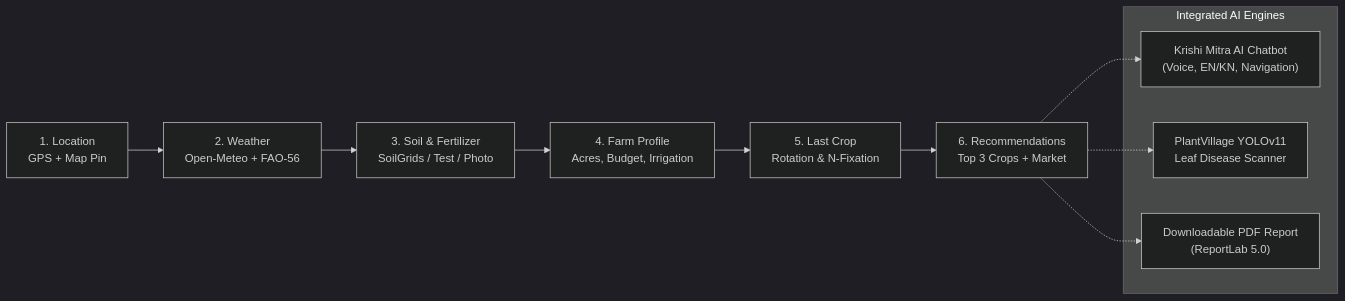
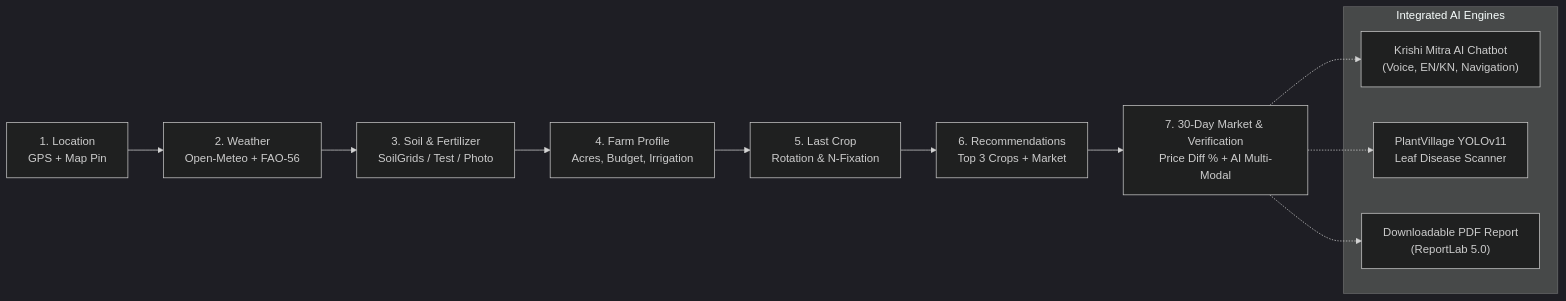
Before and after one commit to shettyprateek045-glitch/CommunityProject: the first of 2 diagrams in README.md, drawn with Mermaid (dark theme). The commit also changed other lines of this file and 2 other files, not shown here.

Commit message:
Update README with 7-step precision agronomy workflow, glassmorphic UI architecture, and OpenAI/Gemini multi-modal verification

````diff
--- a/README.md
+++ b/README.md
@@ -21,17 +21,18 @@
 ```mermaid
 flowchart LR
     A["1. Location<br/>GPS + Map Pin"] --> B["2. Weather<br/>Open-Meteo + FAO-56"]
     B --> C["3. Soil & Fertilizer<br/>SoilGrids / Test / Photo"]
     C --> D["4. Farm Profile<br/>Acres, Budget, Irrigation"]
     D --> E["5. Last Crop<br/>Rotation & N-Fixation"]
     E --> F["6. Recommendations<br/>Top 3 Crops + Market"]
+    F --> J["7. 30-Day Market & Verification<br/>Price Diff % + AI Multi-Modal"]
     
     subgraph Integrated AI Engines
         G["Krishi Mitra AI Chatbot<br/>(Voice, EN/KN, Navigation)"]
         H["PlantVillage YOLOv11<br/>Leaf Disease Scanner"]
         I["Downloadable PDF Report<br/>(ReportLab 5.0)"]
     end
-    F -.-> G
-    F -.-> H
-    F -.-> I
+    J -.-> G
+    J -.-> H
+    J -.-> I
 ```
````
